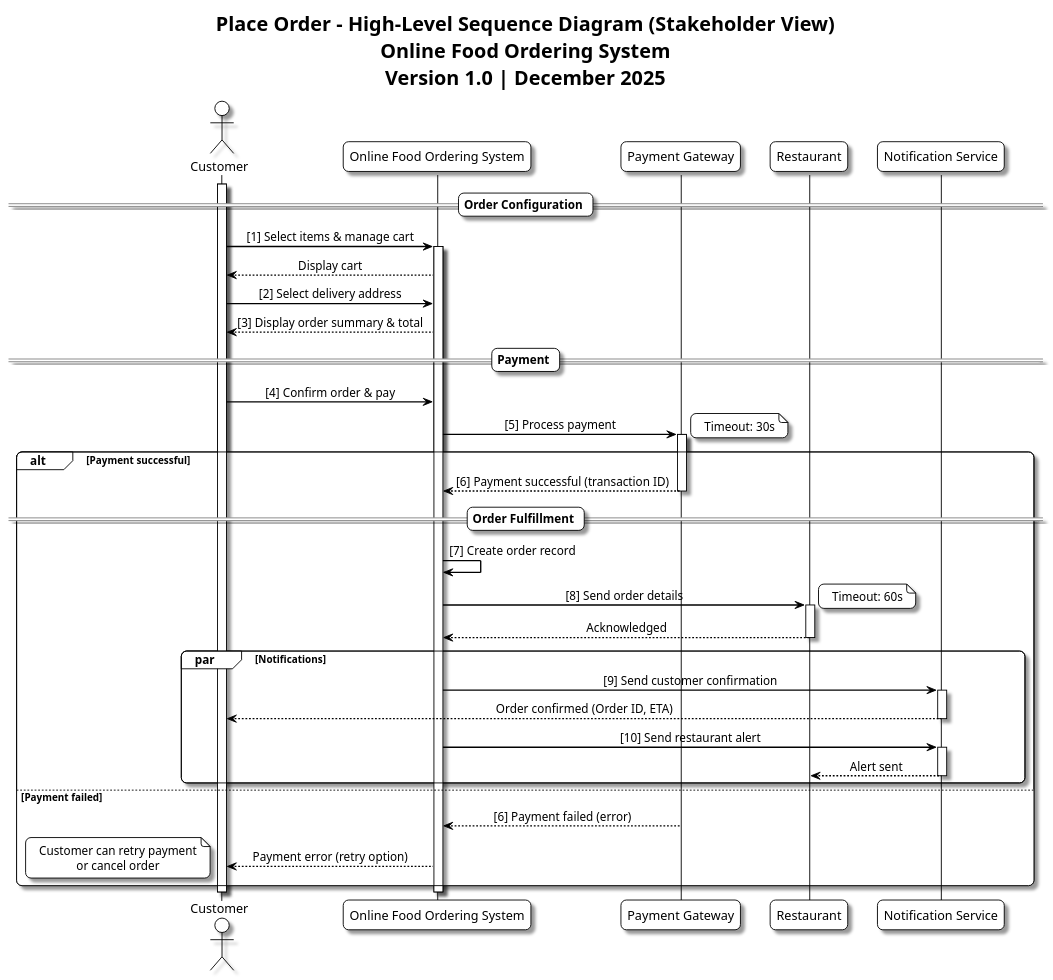
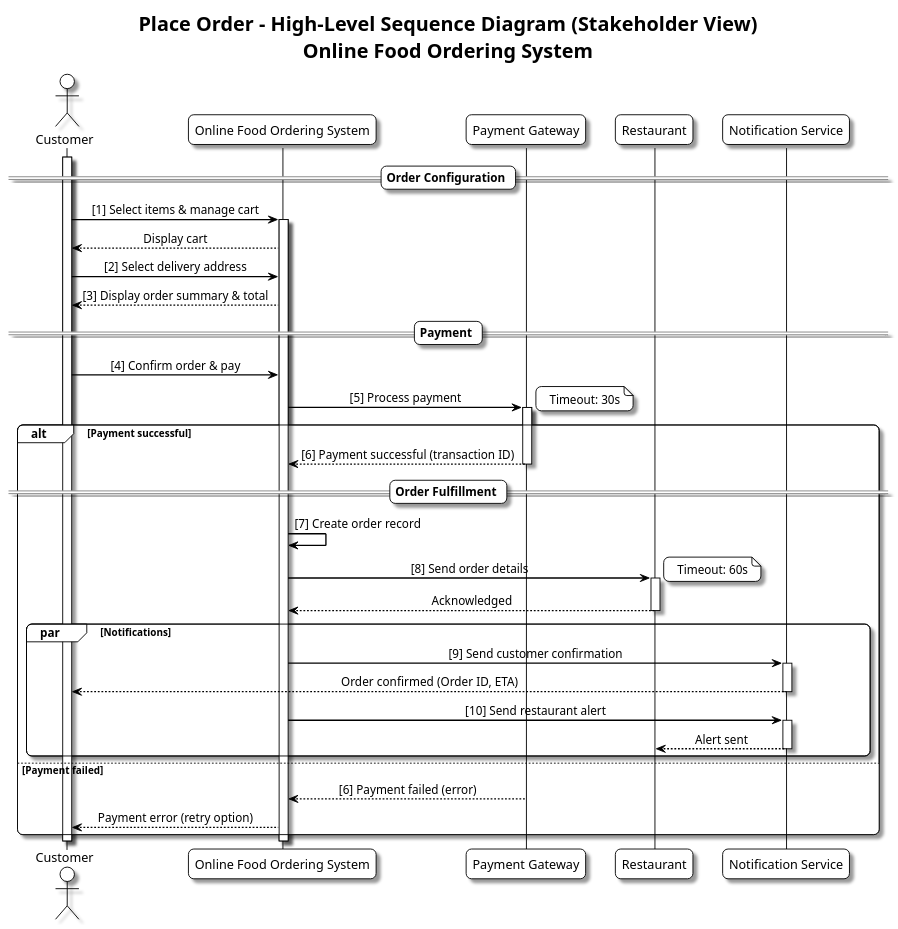
Before and after one commit to SamiAbuTouq/SE-Project: the diagram in umls/src/place_order_sequence_high_level.puml, drawn with PlantUML.

Commit message:
fine tune place_order_sequence_high_level

```diff
--- a/umls/src/place_order_sequence_high_level.puml
+++ b/umls/src/place_order_sequence_high_level.puml
@@ -1,64 +1,64 @@
 @startuml Place_Order_Sequence_High_Level_Final
 !theme plain
 skinparam shadowing true
 skinparam roundcorner 12
 skinparam ArrowThickness 1.5
 skinparam defaultTextAlignment center
 
-title Place Order – High-Level Sequence Diagram (Stakeholder View)\nOnline Food Ordering System\nVersion 1.0 | December 2025
+title Place Order – High-Level Sequence Diagram (Stakeholder View)\nOnline Food Ordering System
 
 actor Customer
 participant "Online Food Ordering System" as System
 participant "Payment Gateway" as PaymentGateway
 participant Restaurant
 participant "Notification Service" as NotificationService
 
 == Order Configuration ==
 activate Customer
 Customer -> System : [1] Select items & manage cart
 activate System
 System --> Customer : Display cart
 Customer -> System : [2] Select delivery address
 System --> Customer : [3] Display order summary & total
 
 == Payment ==
 Customer -> System : [4] Confirm order & pay
 System -> PaymentGateway : [5] Process payment
 note right: Timeout: 30s
 activate PaymentGateway
 
 alt Payment successful
     PaymentGateway --> System : [6] Payment successful (transaction ID)
     deactivate PaymentGateway
 
     == Order Fulfillment ==
     System -> System : [7] Create order record
     System -> Restaurant : [8] Send order details
     note right: Timeout: 60s
     activate Restaurant
     Restaurant --> System : Acknowledged
     deactivate Restaurant
 
     par Notifications
         System -> NotificationService : [9] Send customer confirmation
         activate NotificationService
         NotificationService --> Customer : Order confirmed (Order ID, ETA)
         deactivate NotificationService
         
         System -> NotificationService : [10] Send restaurant alert
         activate NotificationService
         NotificationService --> Restaurant : Alert sent
         deactivate NotificationService
     end
 
 else Payment failed
     PaymentGateway --> System : [6] Payment failed (error)
     deactivate PaymentGateway
     System --> Customer : Payment error (retry option)
-    note left: Customer can retry payment\nor cancel order
+    ' note left: Customer can retry payment\nor cancel order
 end
 
 deactivate System
 deactivate Customer
 
 @enduml
```
